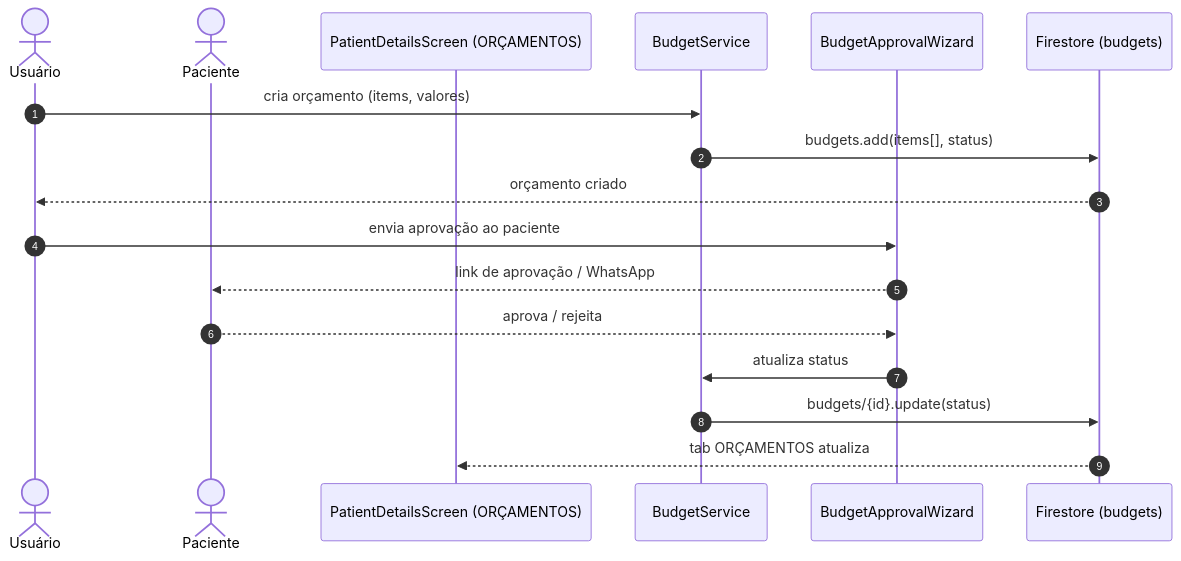
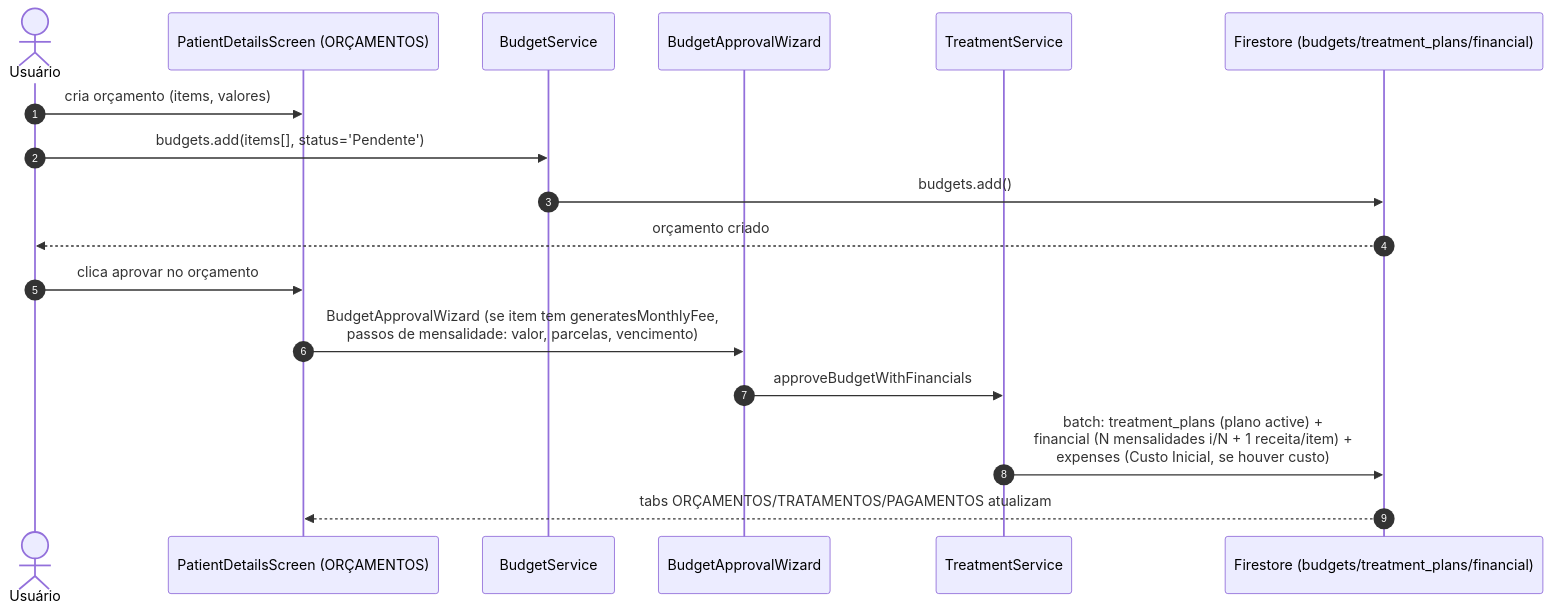
One commit to gabrielabrahaodev/NexoSaude changed the tenth of 13 diagrams in DIAGRAMAS_DE_SEQUENCIA.md. Above: the diagram before and after it, drawn with Mermaid. The commit also changed other lines of this file and 26 other files, not shown here.

````diff
--- a/DIAGRAMAS_DE_SEQUENCIA.md
+++ b/DIAGRAMAS_DE_SEQUENCIA.md
@@ -269,21 +270,21 @@
 ```mermaid
 sequenceDiagram
     autonumber
     actor U as Usuário
-    actor P as Paciente
     participant D as PatientDetailsScreen (ORÇAMENTOS)
     participant BS as BudgetService
     participant W as BudgetApprovalWizard
-    participant F as Firestore (budgets)
+    participant TS as TreatmentService
+    participant F as Firestore (budgets/treatment_plans/financial)
 
-    U->>BS: cria orçamento (items, valores)
-    BS->>F: budgets.add(items[], status)
+    U->>D: cria orçamento (items, valores)
+    U->>BS: budgets.add(items[], status='Pendente')
+    BS->>F: budgets.add()
     F-->>U: orçamento criado
 
-    U->>W: envia aprovação ao paciente
-    W-->>P: link de aprovação / WhatsApp
-    P-->>W: aprova / rejeita
-    W->>BS: atualiza status
-    BS->>F: budgets/{id}.update(status)
-    F-->>D: tab ORÇAMENTOS atualiza
+    U->>D: clica aprovar no orçamento
+    D->>W: BudgetApprovalWizard (se item tem generatesMonthlyFee,<br/>passos de mensalidade: valor, parcelas, vencimento)
+    W->>TS: approveBudgetWithFinancials
+    TS->>F: batch: treatment_plans (plano active) +<br/>financial (N mensalidades i/N + 1 receita/item) +<br/>expenses (Custo Inicial, se houver custo)
+    F-->>D: tabs ORÇAMENTOS/TRATAMENTOS/PAGAMENTOS atualizam
 ```
````
